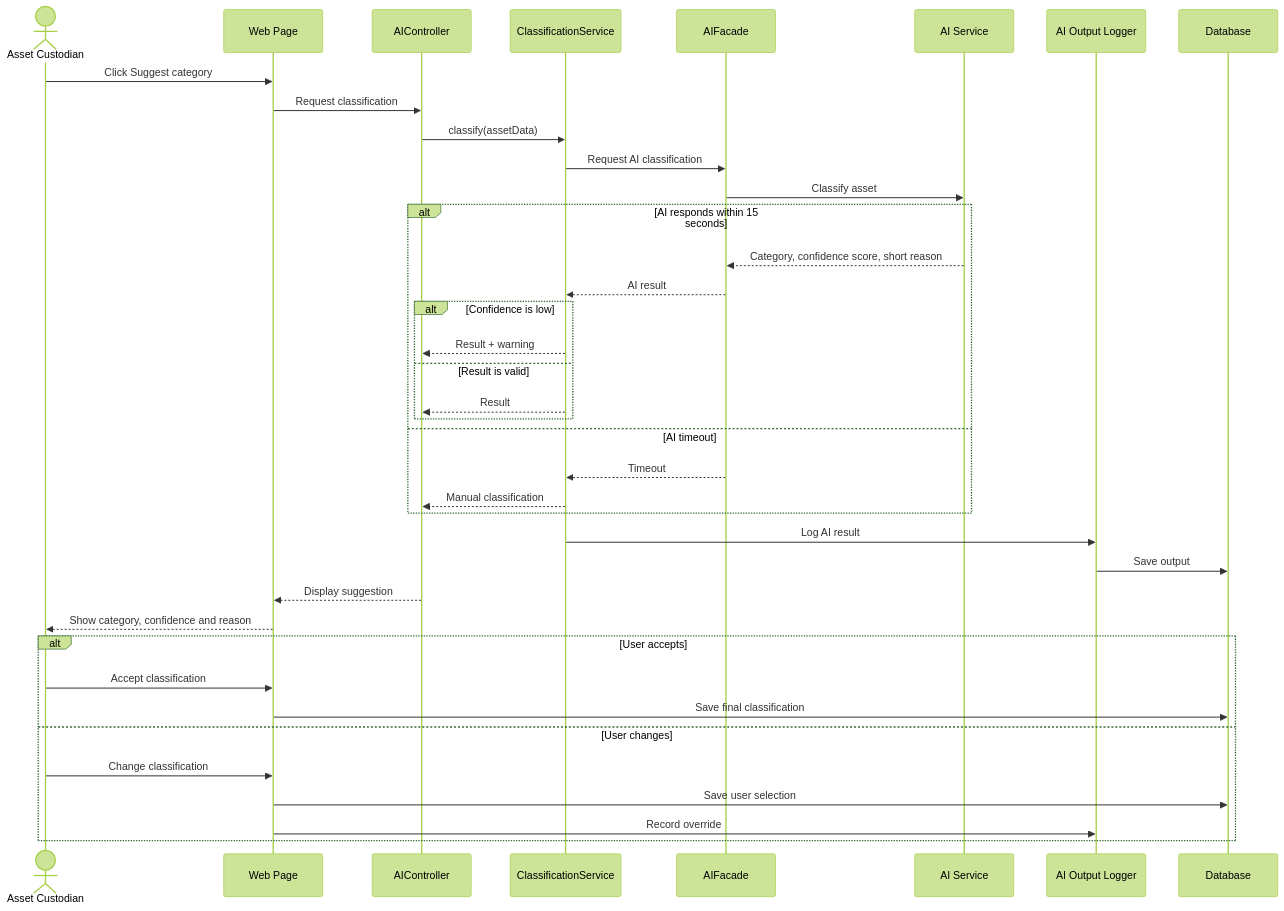
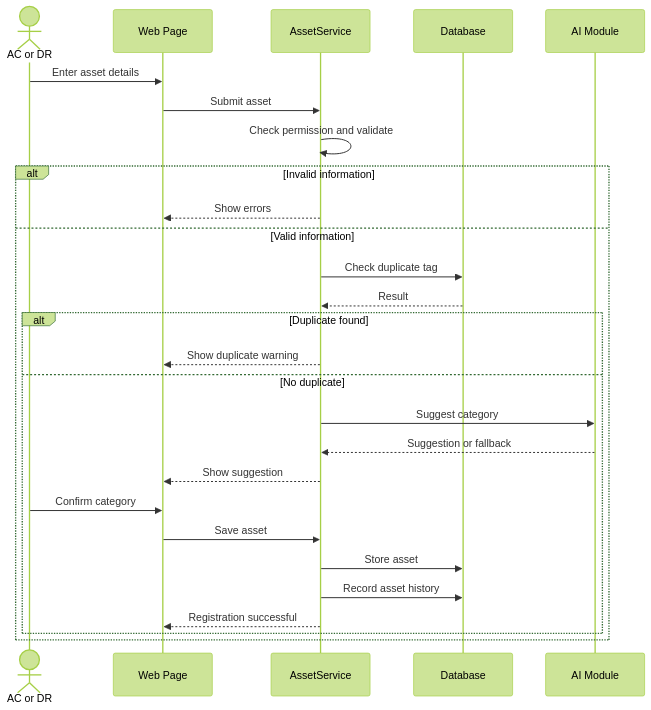
The first of 12 diagrams in phase 4-5/01_part1_assets_marketplace_requests.md (Abdulla66541/COSC336-GROUP5), drawn with Mermaid (forest theme) before and after one commit. The commit also changed other lines of this file, not shown here.

````diff
--- a/phase 4-5/01_part1_assets_marketplace_requests.md
+++ b/phase 4-5/01_part1_assets_marketplace_requests.md
@@ -23,47 +27,32 @@
 ```mermaid
 sequenceDiagram
-    actor AC as Asset Custodian
+    actor U as AC or DR
     participant UI as Web Page
-    participant AIC as AIController
-    participant CS as ClassificationService
-    participant AF as AIFacade
-    participant AI as AI Service
-    participant LOG as AI Output Logger
+    participant S as AssetService
     participant DB as Database
+    participant AI as AI Module
 
-    AC->>UI: Click Suggest category
-    UI->>AIC: Request classification
-    AIC->>CS: classify(assetData)
-    CS->>AF: Request AI classification
-    AF->>AI: Classify asset
+    U->>UI: Enter asset details
+    UI->>S: Submit asset
+    S->>S: Check permission and validate
 
-    alt AI responds within 15 seconds
-        AI-->>AF: Category, confidence score, short reason
-        AF-->>CS: AI result
+    alt Invalid information
+        S-->>UI: Show errors
+    else Valid information
+        S->>DB: Check duplicate tag
+        DB-->>S: Result
 
-        alt Confidence is low
-            CS-->>AIC: Result + warning
-        else Result is valid
-            CS-->>AIC: Result
+        alt Duplicate found
+            S-->>UI: Show duplicate warning
+        else No duplicate
+            S->>AI: Suggest category
+            AI-->>S: Suggestion or fallback
+            S-->>UI: Show suggestion
+            U->>UI: Confirm category
+            UI->>S: Save asset
+            S->>DB: Store asset
+            S->>DB: Record asset history
+            S-->>UI: Registration successful
         end
-
-    else AI timeout
-        AF-->>CS: Timeout
-        CS-->>AIC: Manual classification
-    end
-
-    CS->>LOG: Log AI result
-    LOG->>DB: Save output
-
-    AIC-->>UI: Display suggestion
-    UI-->>AC: Show category, confidence and reason
-
-    alt User accepts
-        AC->>UI: Accept classification
-        UI->>DB: Save final classification
-    else User changes
-        AC->>UI: Change classification
-        UI->>DB: Save user selection
-        UI->>LOG: Record override
     end
 ```
````
